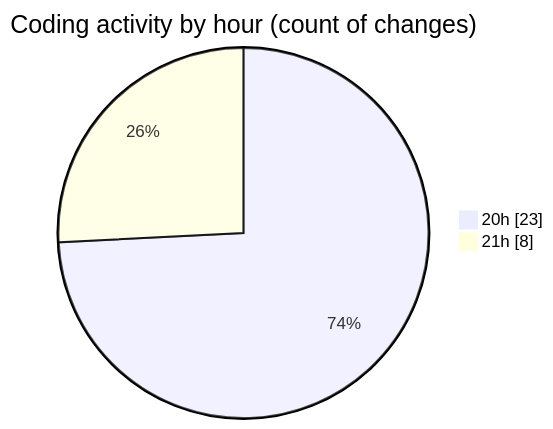
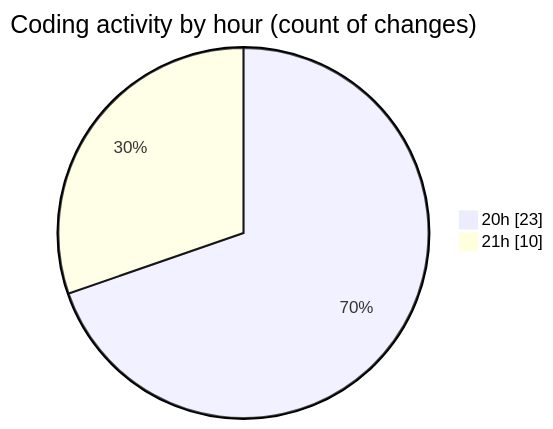
Before and after one commit to idhammustaqopulfikri/code-tracking: the second of 2 diagrams in 2025-05-25/bookingpodcas/README.md, drawn with Mermaid. The commit also changed other lines of this file and 1 other file, not shown here.

````diff
--- a/2025-05-25/bookingpodcas/README.md
+++ b/2025-05-25/bookingpodcas/README.md
@@ -43,6 +43,6 @@
 ```mermaid
 pie showData
 title Coding activity by hour (count of changes)
 "20h" : 23
-"21h" : 8
+"21h" : 10
 ```
````
